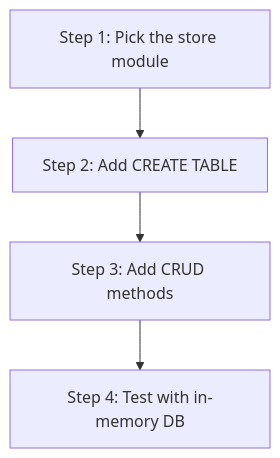
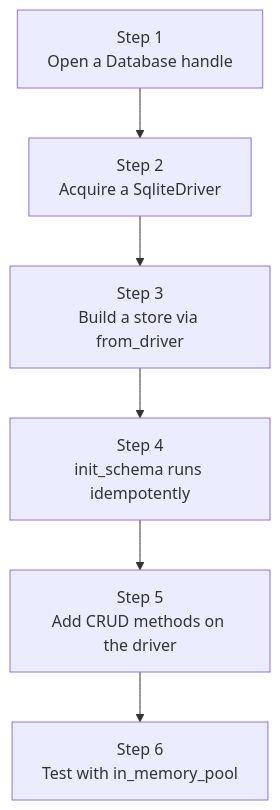
One commit to mdz-axo/zed-kask changed the diagram in kask/docs/diataxis/hkask-storage/tutorial.md. Above: the diagram before and after it, drawn with Mermaid. The commit also changed other lines of this file and 41 other files, not shown here.

````diff
--- a/kask/docs/diataxis/hkask-storage/tutorial.md
+++ b/kask/docs/diataxis/hkask-storage/tutorial.md
@@ -19,6 +27,8 @@
 ```mermaid
 flowchart TD
-    A[Step 1: Pick the store module] --> B[Step 2: Add CREATE TABLE]
-    B --> C[Step 3: Add CRUD methods]
-    C --> D[Step 4: Test with in-memory DB]
+    A["Step 1<br/>Open a Database handle"] --> B["Step 2<br/>Acquire a SqliteDriver"]
+    B --> C["Step 3<br/>Build a store via from_driver"]
+    C --> D["Step 4<br/>init_schema runs idempotently"]
+    D --> E["Step 5<br/>Add CRUD methods on the driver"]
+    E --> F["Step 6<br/>Test with in_memory_pool"]
 ```
````
